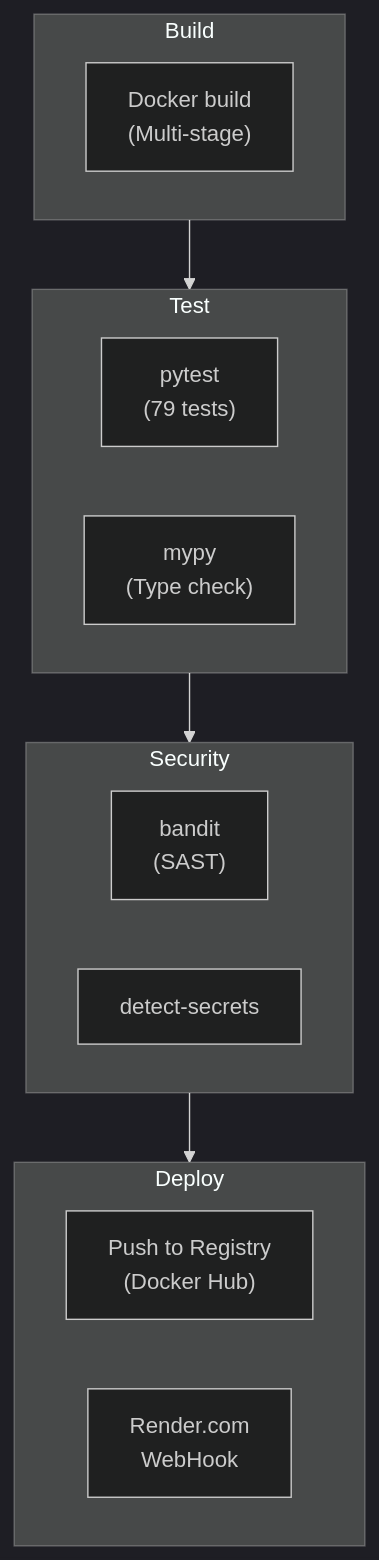
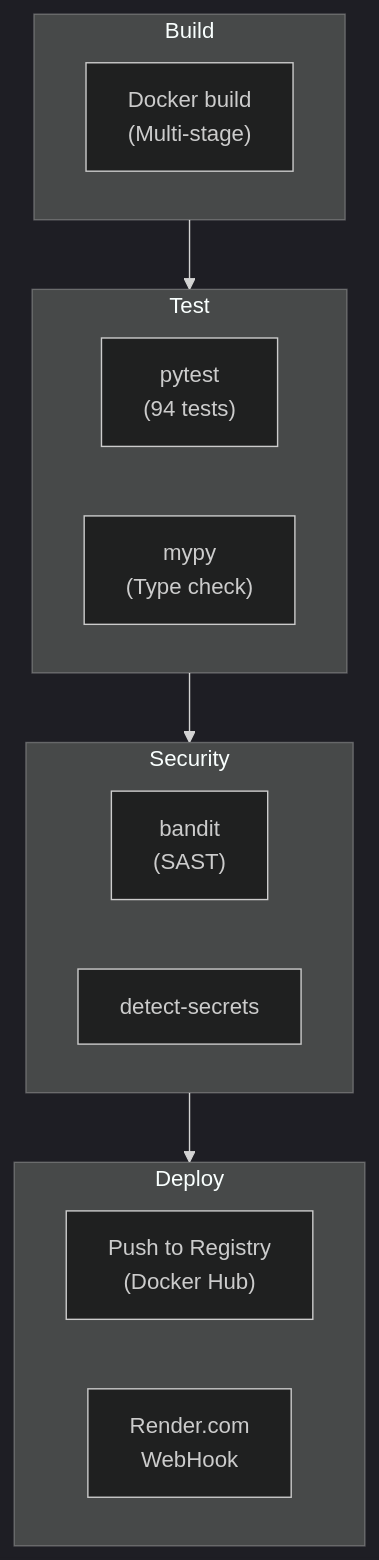
The fourth of 4 diagrams in docs/system/architecture.md (Lutvunenko-Dmutro/EnergyMonitor-OLAP), drawn with Mermaid before and after one commit. The commit also changed 15 other files, not shown here.

````diff
--- a/docs/system/architecture.md
+++ b/docs/system/architecture.md
@@ -149,26 +149,26 @@
 ```mermaid
 %%{init: {'theme': 'dark'}}%%
 flowchart TD
     Build[Build Phase] --> Test[Test Phase]
     Test --> Security[Security Phase]
     Security --> Deploy[Deploy Phase]
 
     subgraph Build
         B1["Docker build\n(Multi-stage)"]
     end
 
     subgraph Test
-        T1["pytest\n(79 tests)"]
+        T1["pytest\n(94 tests)"]
         T2["mypy\n(Type check)"]
     end
 
     subgraph Security
         S1["bandit\n(SAST)"]
         S2["detect-secrets"]
     end
 
     subgraph Deploy
         D1["Push to Registry\n(Docker Hub)"]
         D2["Render.com\nWebHook"]
     end
 ```
````
